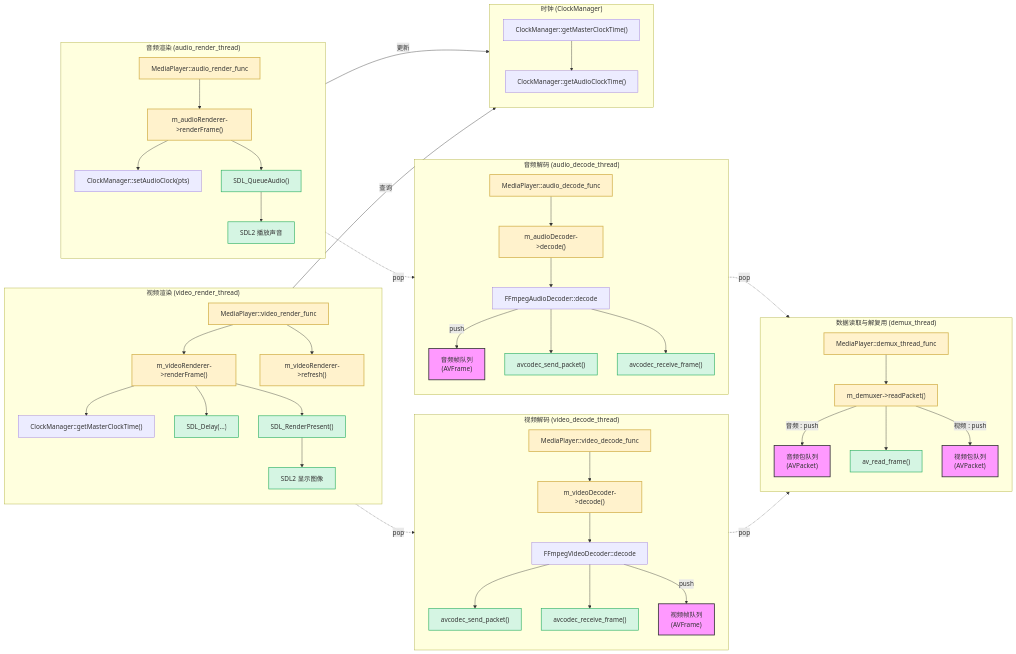
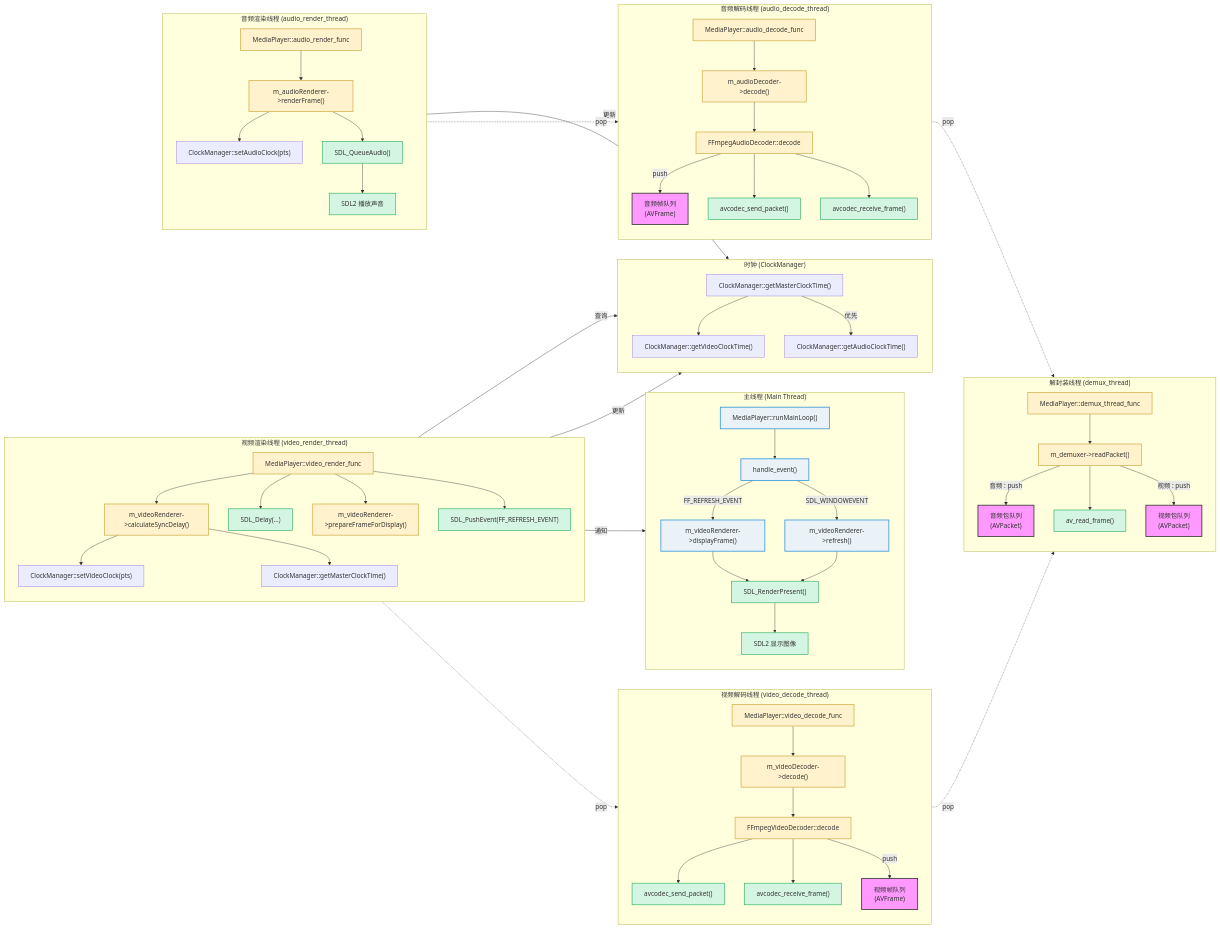
One commit to Ko-vey/SDLplayerCore changed the diagram in docs/assets/pic3_2-overall_core_flowchart.md. Above: the diagram before and after it, drawn with Mermaid. The commit also changed 9 other files, not shown here.

Commit message:
DOCS: 基于新视频渲染架构更新设计文档DESIGN.md 视频渲染管线已从直接渲染模型重构为事件驱动模型。本次提交更新了所有相关文档，以反映新架构。 主要变更包括： - 重写 DESIGN.md 中的“音视频同步”部分，详细说明新的线程交互逻辑和基于事件的视频渲染机制。 - 删除过时的“防御性刷新”机制部分。 - 新增一个关于事件驱动模型设计考量的部分。 - 重新修改并生成所有相关的图表以匹配新逻辑：   - 初始化流程图   - 总体核心流程图   - 音视频同步线程交互图

````diff
--- a/docs/assets/pic3_2-overall_core_flowchart.md
+++ b/docs/assets/pic3_2-overall_core_flowchart.md
@@ -6,12 +6,13 @@
     classDef threadFunc fill:#fff2cc,stroke:#d6b656,stroke-width:2px;
     classDef queue shape:cylinder,fill:#f9f,stroke:#333,stroke-width:2px;
     classDef api fill:#d5f5e3,stroke:#27ae60,stroke-width:1.5px,shape:stadium;
+    classDef mainThread fill:#eaf2f8,stroke:#3498db,stroke-width:2px;
 
     %% 2. 初始化流程
     %% 见另表
 
-    %% 3. 数据读取 / 解复用线程
-    subgraph "数据读取与解复用  (demux_thread)"
+    %% 3. 解封装线程
+    subgraph "解封装线程  (demux_thread)"
         direction TB
         DemuxThreadFunc[MediaPlayer::demux_thread_func]:::threadFunc
         DemuxThreadFunc --> m_demuxer_read["m_demuxer->readPacket()"]:::threadFunc
@@ -21,44 +22,44 @@
     end
 
     %% 4. 视频解码线程
-    subgraph "视频解码 (video_decode_thread)"
+    subgraph "视频解码线程 (video_decode_thread)"
         direction TB
         VideoDecodeFunc[MediaPlayer::video_decode_func]:::threadFunc
         VideoDecodeFunc -.pop.-> VideoPktQueue
         VideoDecodeFunc --> VideoDecoder_Decode["m_videoDecoder->decode()"]:::threadFunc
-        VideoDecoder_Decode --> FFmpegVideoDecode[FFmpegVideoDecoder::decode]
+        VideoDecoder_Decode --> FFmpegVideoDecode[FFmpegVideoDecoder::decode]:::threadFunc
         FFmpegVideoDecode --> SendPacket_V["avcodec_send_packet()"]:::api
         FFmpegVideoDecode --> RecvFrame_V["avcodec_receive_frame()"]:::api
         FFmpegVideoDecode -->|push| VideoFrameQueue["视频帧队列<br/>(AVFrame)"]:::queue
     end
 
     %% 5. 音频解码线程
-    subgraph "音频解码 (audio_decode_thread)"
+    subgraph "音频解码线程 (audio_decode_thread)"
         direction TB
         AudioDecodeFunc[MediaPlayer::audio_decode_func]:::threadFunc
         AudioDecodeFunc -.pop.-> AudioPktQueue
         AudioDecodeFunc --> AudioDecoder_Decode["m_audioDecoder->decode()"]:::threadFunc
-        AudioDecoder_Decode --> FFmpegAudioDecode[FFmpegAudioDecoder::decode]
+        AudioDecoder_Decode --> FFmpegAudioDecode[FFmpegAudioDecoder::decode]:::threadFunc
         FFmpegAudioDecode -->|push| AudioFrameQueue["音频帧队列<br/>(AVFrame)"]:::queue
         FFmpegAudioDecode --> SendPacket_A["avcodec_send_packet()"]:::api
         FFmpegAudioDecode --> RecvFrame_A["avcodec_receive_frame()"]:::api
     end
 
     %% 6. 视频渲染线程
-    subgraph "视频渲染 (video_render_thread)"
+    subgraph "视频渲染线程 (video_render_thread)"
         direction TB
         VideoRenderFunc[MediaPlayer::video_render_func]:::threadFunc
         VideoRenderFunc -.pop.-> VideoFrameQueue
-        VideoRenderFunc --> RenderFrame["m_videoRenderer->renderFrame()"]:::threadFunc
-        RenderFrame --> ClockGet["ClockManager::getMasterClockTime()"]
-        RenderFrame --> SDLDelay["SDL_Delay(...)"]:::api
-        RenderFrame --> SDLPresent["SDL_RenderPresent()"]:::api
-        VideoRenderFunc --> Refresh["m_videoRenderer->refresh()"]:::threadFunc
-        SDLPresent --> DisplayImg[SDL2 显示图像]:::api
+        VideoRenderFunc --> CalculateDelay["m_videoRenderer->calculateSyncDelay()"]:::threadFunc
+        CalculateDelay --> SetVideoClock
+        CalculateDelay --> ClockGet["ClockManager::getMasterClockTime()"]
+        VideoRenderFunc --> SDLDelay["SDL_Delay(...)"]:::api
+        VideoRenderFunc --> PrepareFrame["m_videoRenderer->prepareFrameForDisplay()"]:::threadFunc
+        VideoRenderFunc --> PushEvent["SDL_PushEvent(FF_REFRESH_EVENT)"]:::api
     end
 
     %% 7. 音频渲染线程
-    subgraph "音频渲染 (audio_render_thread)"
+    subgraph "音频渲染线程 (audio_render_thread)"
         direction TB
         AudioRenderFunc[MediaPlayer::audio_render_func]:::threadFunc
         AudioRenderFunc -.pop.-> AudioFrameQueue
@@ -68,15 +69,33 @@
         SDLQueue --> PlaySound[SDL2 播放声音]:::api
     end
 
-    %% 8. 时钟模块
+    %% 8. 主线程
+    subgraph "主线程 (Main Thread)"
+        direction TB
+        MainLoop["MediaPlayer::runMainLoop()"]:::mainThread
+        MainLoop --> HandleEvent["handle_event()"]:::mainThread
+        HandleEvent -->|FF_REFRESH_EVENT| DisplayFrame["m_videoRenderer->displayFrame()"]:::mainThread
+        HandleEvent -->|SDL_WINDOWEVENT| Refresh["m_videoRenderer->refresh()"]:::mainThread
+        DisplayFrame --> SDLPresent["SDL_RenderPresent()"]:::api
+        Refresh --> SDLPresent
+        SDLPresent --> DisplayImg[SDL2 显示图像]:::api
+    end
+
+    %% 9. 时钟模块
     subgraph "时钟 (ClockManager)"
         direction TB
         MasterClock["ClockManager::getMasterClockTime()"]
         AudioClock["ClockManager::getAudioClockTime()"]
-        MasterClock --> AudioClock
+        SetVideoClock["ClockManager::setVideoClock(pts)"]
+        VideoClock["ClockManager::getVideoClockTime()"]
+        MasterClock --> VideoClock
+        MasterClock -->|优先| AudioClock
     end
 
-    %% 9. 线程‑时钟连接
+    %% 10. 跨线程/模块连接
     ClockGet -->|查询| MasterClock
     SetAudioClock -->|更新| AudioClock
+    SetVideoClock --> |更新| VideoClock
+    PushEvent -->|通知| HandleEvent
+
 ```
````
